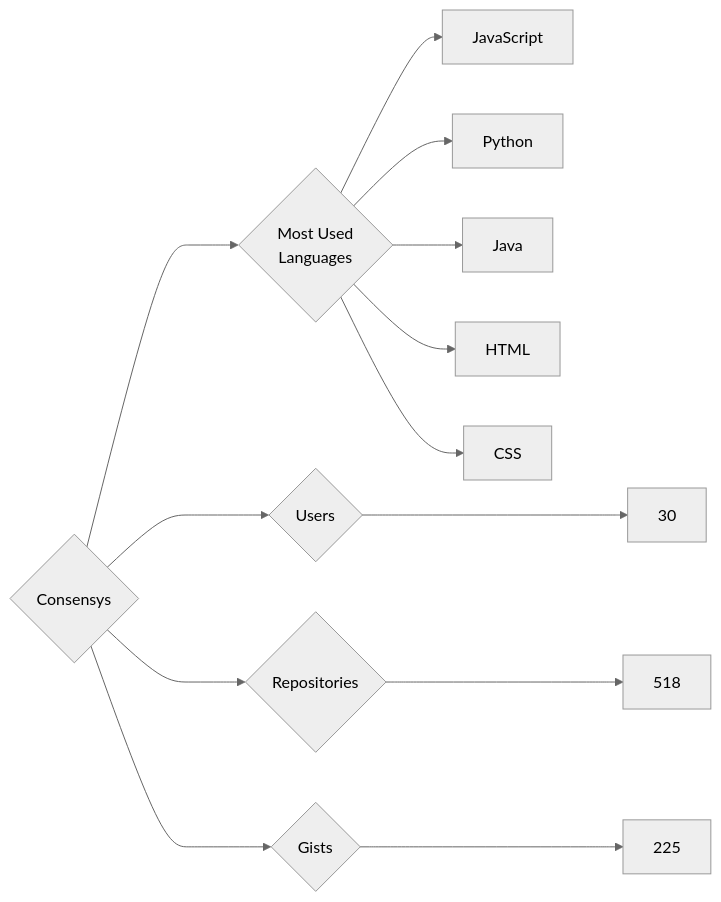
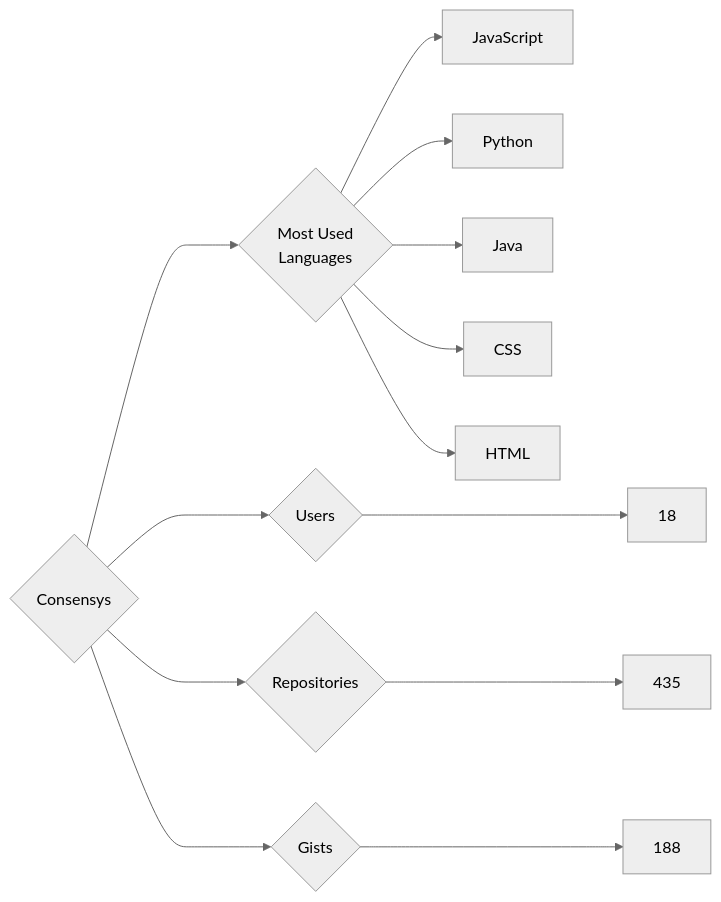
Before and after one commit to trickest/insiders: the diagram in targets/Consensys/README.md, drawn with Mermaid (neutral theme). The commit also changed 860 other files, not shown here.

````diff
--- a/targets/Consensys/README.md
+++ b/targets/Consensys/README.md
@@ -3,13 +3,13 @@
 ```mermaid
 graph LR
 COMPANY_NAME{Consensys}
-COMPANY_NAME ---> U{Users} ---> UN[30]
-COMPANY_NAME ---> R{Repositories} ---> RN[518]
-COMPANY_NAME ---> G{Gists} ---> GN[225]
+COMPANY_NAME ---> U{Users} ---> UN[18]
+COMPANY_NAME ---> R{Repositories} ---> RN[435]
+COMPANY_NAME ---> G{Gists} ---> GN[188]
 COMPANY_NAME ---> ML{Most Used<br>Languages}
 ML --> JavaScript[JavaScript]
 ML --> Python[Python]
 ML --> Java[Java]
+ML --> CSS[CSS]
 ML --> HTML[HTML]
-ML --> CSS[CSS]
 ```
````
